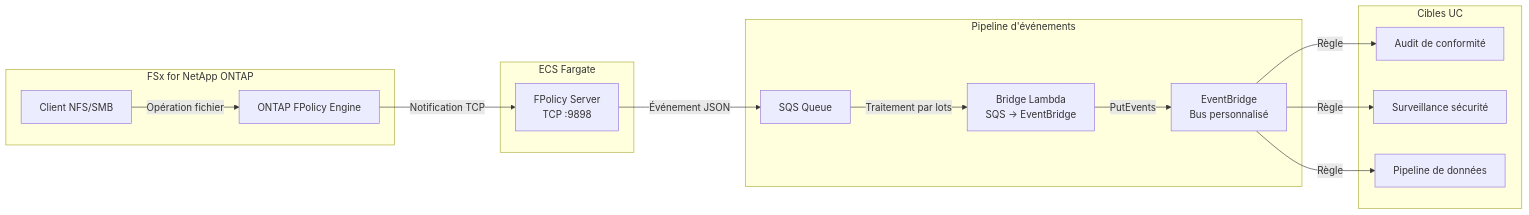
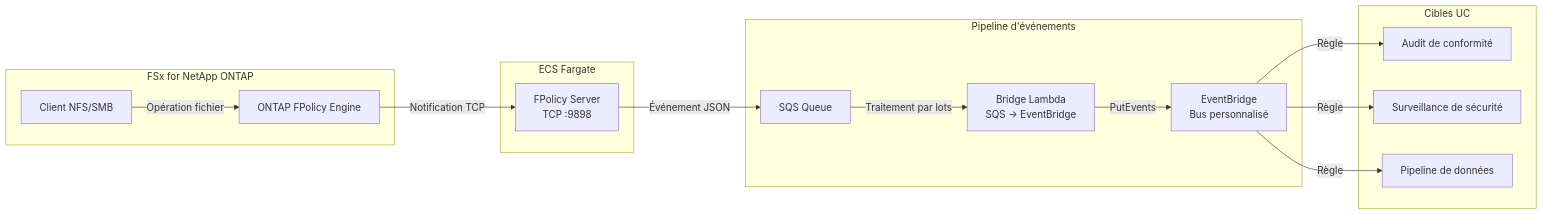
The first of 2 diagrams in event-driven-fpolicy/README.fr.md (Yoshiki0705/FSx-for-ONTAP-S3AccessPoints-Serverless-Patterns), drawn with Mermaid before and after one commit. The commit also changed other lines of this file and 6 other files, not shown here.

````diff
--- a/event-driven-fpolicy/README.fr.md
+++ b/event-driven-fpolicy/README.fr.md
@@ -41,32 +42,32 @@
 ```mermaid
 graph LR
     subgraph "FSx for NetApp ONTAP"
         NFS["Client NFS/SMB"]
         ONTAP["ONTAP FPolicy Engine"]
     end
 
     subgraph "ECS Fargate"
         FPS["FPolicy Server<br/>TCP :9898"]
     end
 
     subgraph "Pipeline d'événements"
         SQS["SQS Queue"]
         BRIDGE["Bridge Lambda<br/>SQS → EventBridge"]
         EB["EventBridge<br/>Bus personnalisé"]
     end
 
     subgraph "Cibles UC"
         UC1["Audit de conformité"]
-        UC2["Surveillance sécurité"]
+        UC2["Surveillance de sécurité"]
         UC3["Pipeline de données"]
     end
 
     NFS -->|"Opération fichier"| ONTAP
     ONTAP -->|"Notification TCP"| FPS
     FPS -->|"Événement JSON"| SQS
     SQS -->|"Traitement par lots"| BRIDGE
     BRIDGE -->|"PutEvents"| EB
     EB -->|"Règle"| UC1
     EB -->|"Règle"| UC2
     EB -->|"Règle"| UC3
 ```
````
